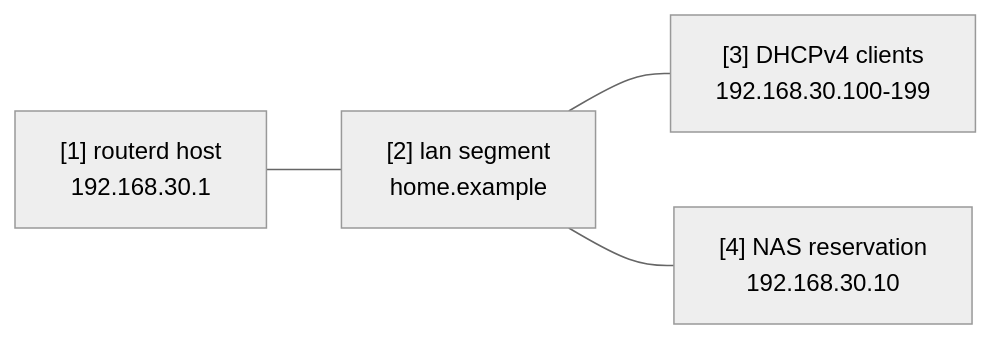
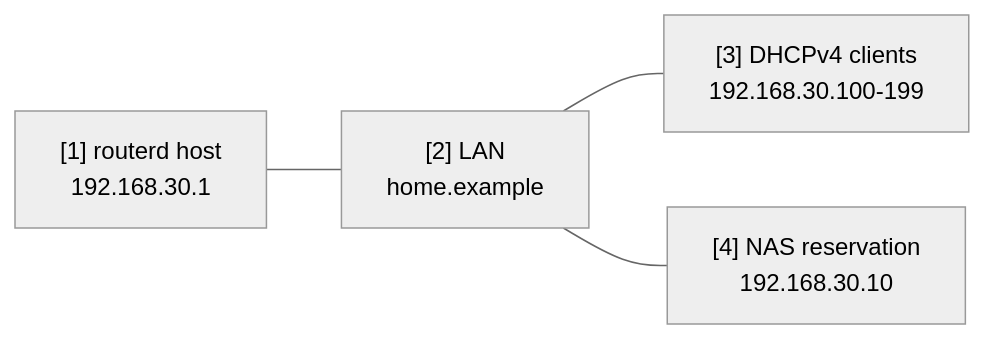
The diagram in docs/config-examples/lan-dns-dhcp.md (imksoo/routerd), drawn with Mermaid (neutral theme) before and after one commit. The commit also changed other lines of this file and 407 other files, not shown here.

````diff
--- a/docs/config-examples/lan-dns-dhcp.md
+++ b/docs/config-examples/lan-dns-dhcp.md
@@ -16,11 +15,11 @@
 ```mermaid
 flowchart LR
   router["[1] routerd host<br/>192.168.30.1"]
-  lan["[2] lan segment<br/>home.example"]
+  lan["[2] LAN<br/>home.example"]
   dhcp["[3] DHCPv4 clients<br/>192.168.30.100-199"]
   nas["[4] NAS reservation<br/>192.168.30.10"]
 
   router --- lan
   lan --- dhcp
   lan --- nas
 ```
````
